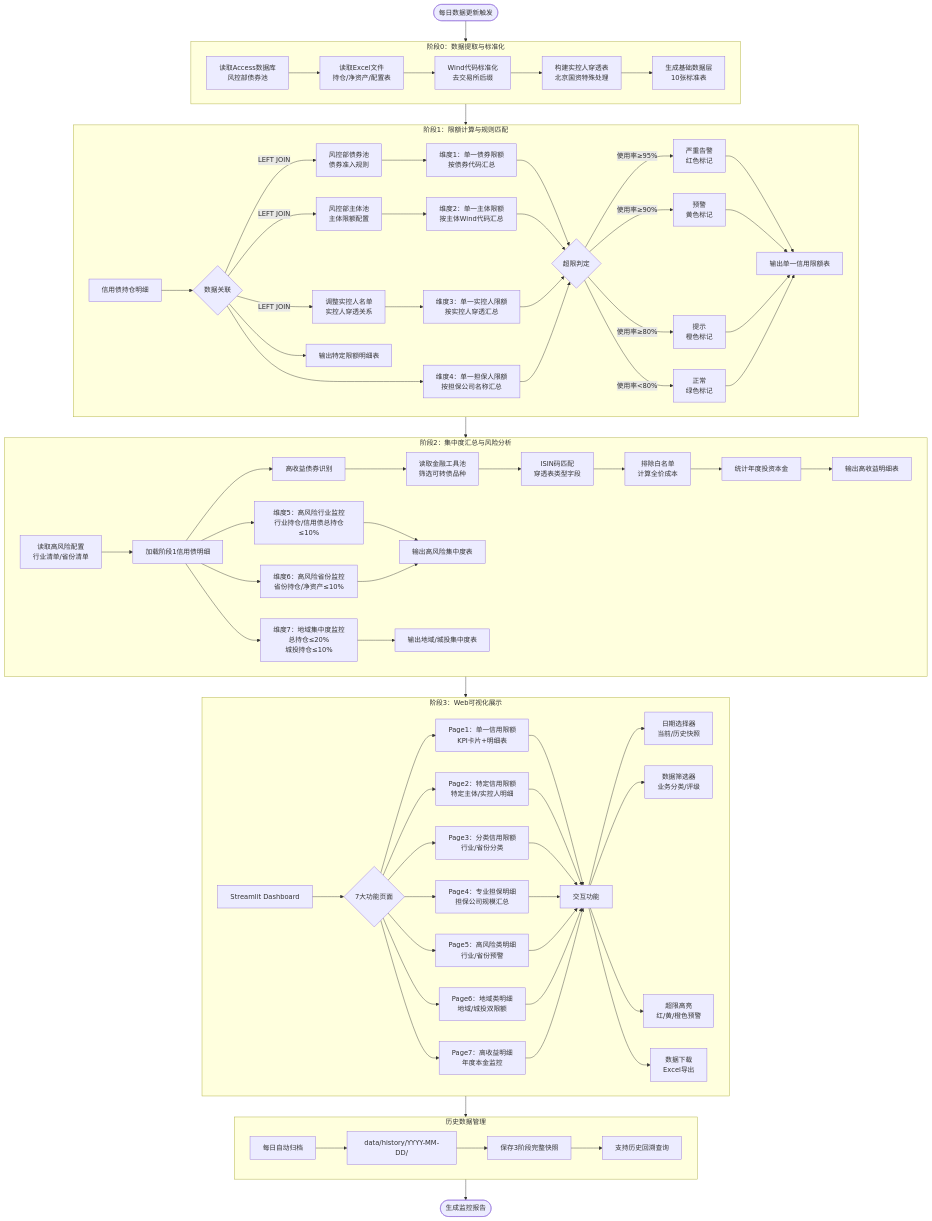
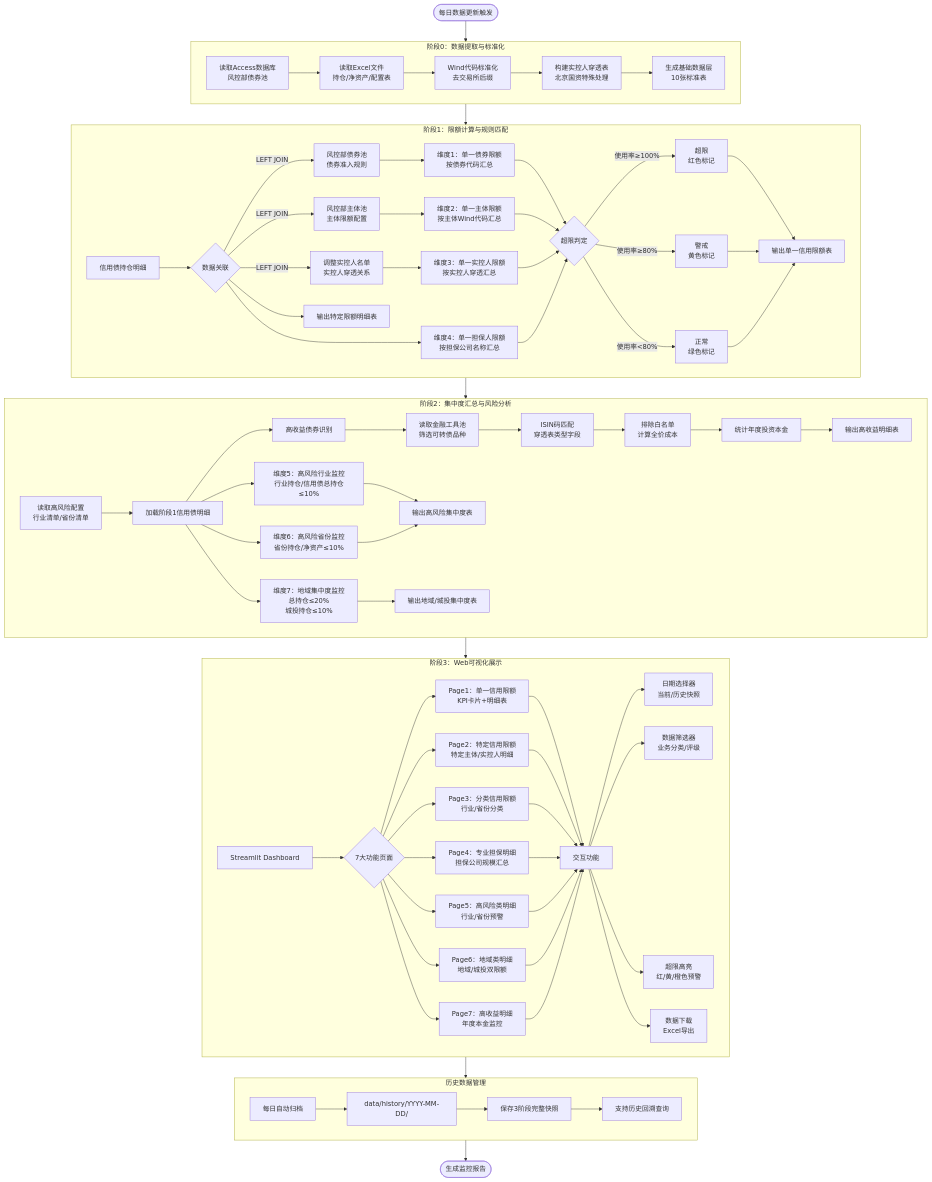
One commit to DellaWang03/LimitMonitor changed the diagram in diagrams/投后限额监控业务流程图.md. Above: the diagram before and after it, drawn with Mermaid. The commit also changed 83 other files, not shown here.

```diff
--- a/diagrams/投后限额监控业务流程图.md
+++ b/diagrams/投后限额监控业务流程图.md
@@ -31,15 +31,13 @@
         C3 --> D1
         C4 --> D1
 
-        D1 -->|使用率≥95%| D2[严重告警<br/>红色标记]
-        D1 -->|使用率≥90%| D3[预警<br/>黄色标记]
-        D1 -->|使用率≥80%| D4[提示<br/>橙色标记]
-        D1 -->|使用率<80%| D5[正常<br/>绿色标记]
+        D1 -->|使用率≥100%| D2[超限<br/>红色标记]
+        D1 -->|使用率≥80%| D3[警戒<br/>黄色标记]
+        D1 -->|使用率<80%| D4[正常<br/>绿色标记]
 
         D2 --> E1[输出单一信用限额表]
         D3 --> E1
         D4 --> E1
-        D5 --> E1
 
         B2 --> E2[输出特定限额明细表]
     end
```
